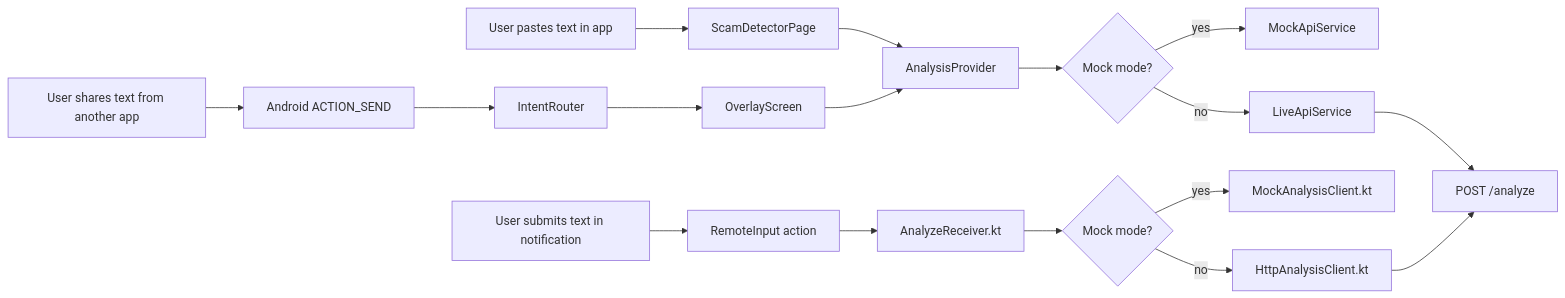
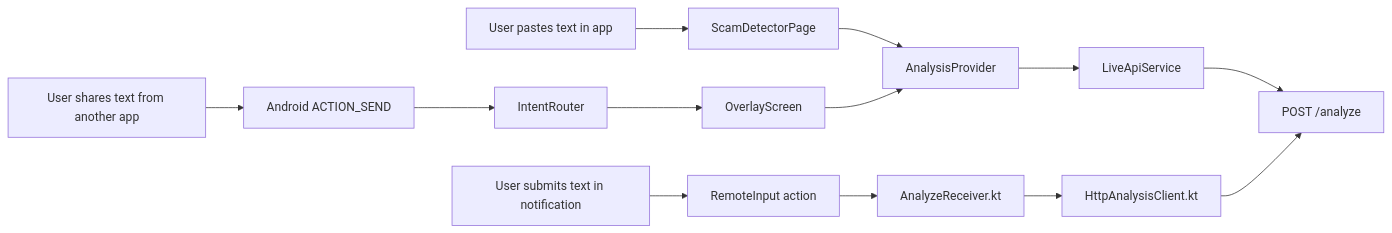
The second of 5 diagrams in docs/ARCHITECTURE_DIAGRAM.md (nayzinminlwin/HackathonX-FinTech-Forward-26-by-Team-KuCuba), drawn with Mermaid before and after one commit. The commit also changed other lines of this file and 30 other files, not shown here.

````diff
--- a/docs/ARCHITECTURE_DIAGRAM.md
+++ b/docs/ARCHITECTURE_DIAGRAM.md
@@ -150,22 +144,18 @@
 ```mermaid
 flowchart LR
   User1["User pastes text in app"] --> Home["ScamDetectorPage"]
   User2["User shares text from another app"] --> Share["Android ACTION_SEND"]
   User3["User submits text in notification"] --> Notify["RemoteInput action"]
 
   Home --> Provider["AnalysisProvider"]
   Share --> Router["IntentRouter"]
   Router --> Overlay["OverlayScreen"]
   Overlay --> Provider
 
-  Provider --> Mode{"Mock mode?"}
-  Mode -->|yes| Mock["MockApiService"]
-  Mode -->|no| Live["LiveApiService"]
+  Provider --> Live["LiveApiService"]
   Live --> Backend["POST /analyze"]
 
   Notify --> Receiver["AnalyzeReceiver.kt"]
-  Receiver --> NativeMode{"Mock mode?"}
-  NativeMode -->|yes| NativeMock["MockAnalysisClient.kt"]
-  NativeMode -->|no| NativeHttp["HttpAnalysisClient.kt"]
+  Receiver --> NativeHttp["HttpAnalysisClient.kt"]
   NativeHttp --> Backend
 ```
````
